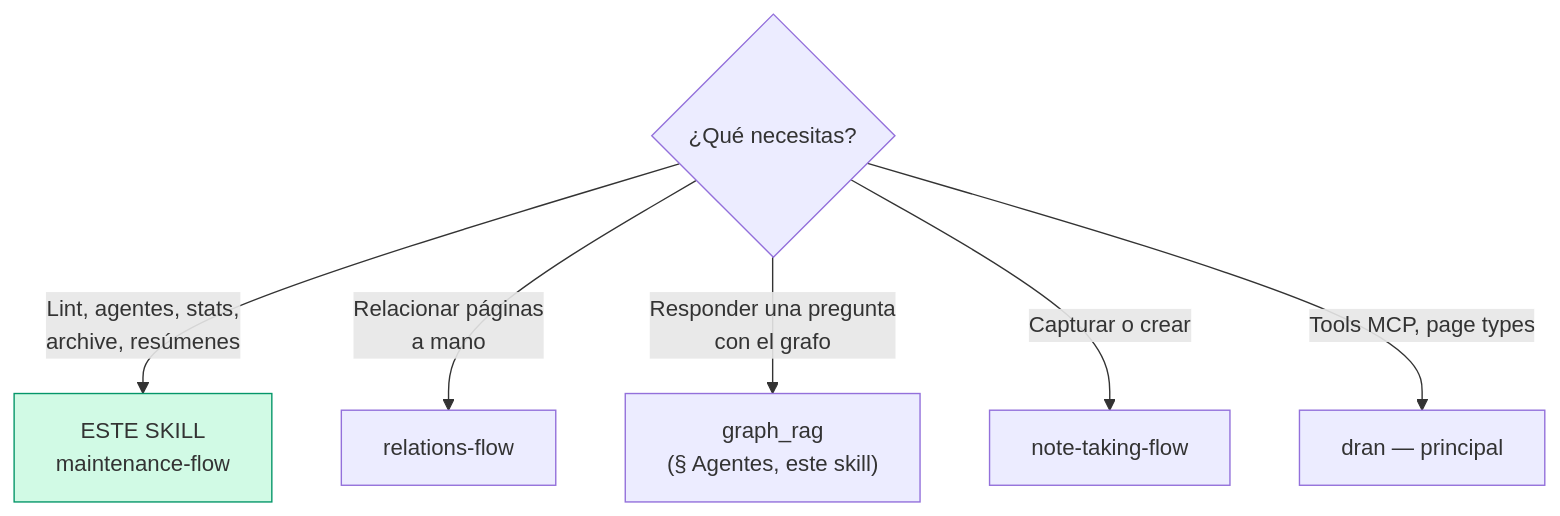
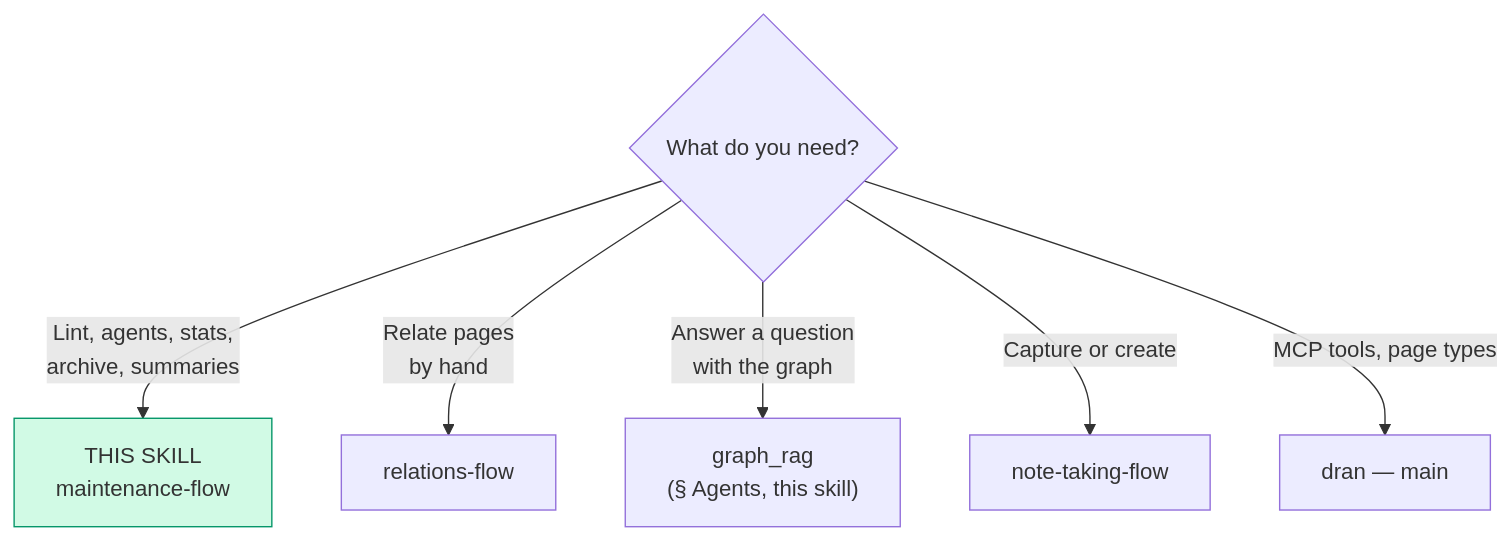
The first of 3 diagrams in skills/maintenance-flow/SKILL.md (alvarolizama/dran), drawn with Mermaid before and after one commit. The commit also changed other lines of this file and 11 other files, not shown here.

Commit message:
feat: traducir skills de dran al inglés (9 flows + dran + references)

````diff
--- a/skills/maintenance-flow/SKILL.md
+++ b/skills/maintenance-flow/SKILL.md
@@ -22,10 +22,10 @@
 ```mermaid
 flowchart TD
-  Q{¿Qué necesitas?} -->|"Lint, agentes, stats,\narchive, resúmenes"| SELF["ESTE SKILL\nmaintenance-flow"]
-  Q -->|"Relacionar páginas\na mano"| RLF[relations-flow]
-  Q -->|"Responder una pregunta\ncon el grafo"| RAG["graph_rag\n(§ Agentes, este skill)"]
-  Q -->|"Capturar o crear"| NTF[note-taking-flow]
-  Q -->|"Tools MCP, page types"| D[dran — principal]
+  Q{What do you need?} -->|"Lint, agents, stats,\narchive, summaries"| SELF["THIS SKILL\nmaintenance-flow"]
+  Q -->|"Relate pages\nby hand"| RLF[relations-flow]
+  Q -->|"Answer a question\nwith the graph"| RAG["graph_rag\n(§ Agents, this skill)"]
+  Q -->|"Capture or create"| NTF[note-taking-flow]
+  Q -->|"MCP tools, page types"| D[dran — main]
 
   style SELF fill:#d1fae5,stroke:#059669
 ```
````
